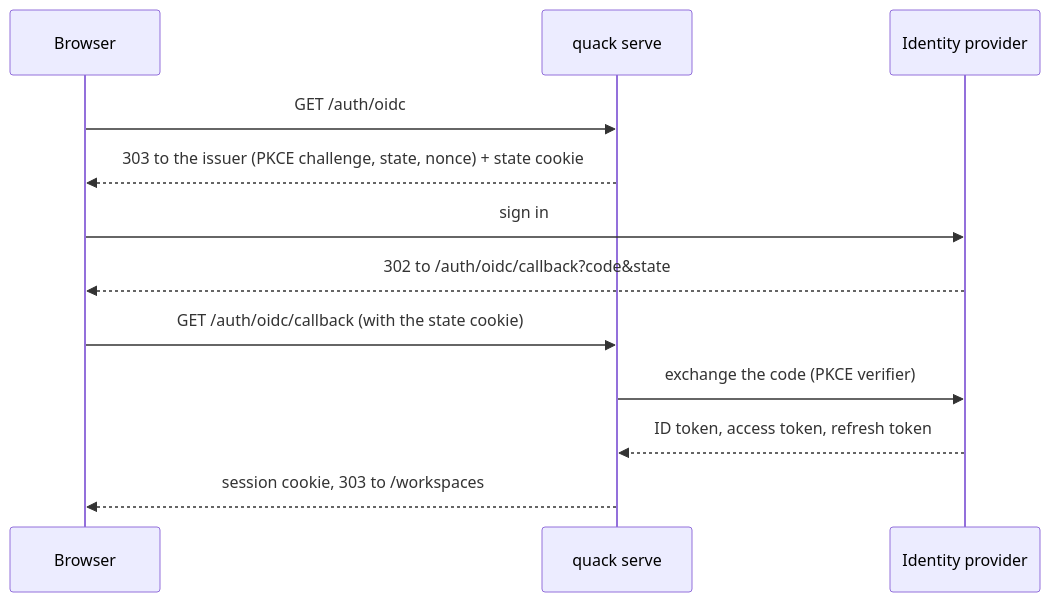
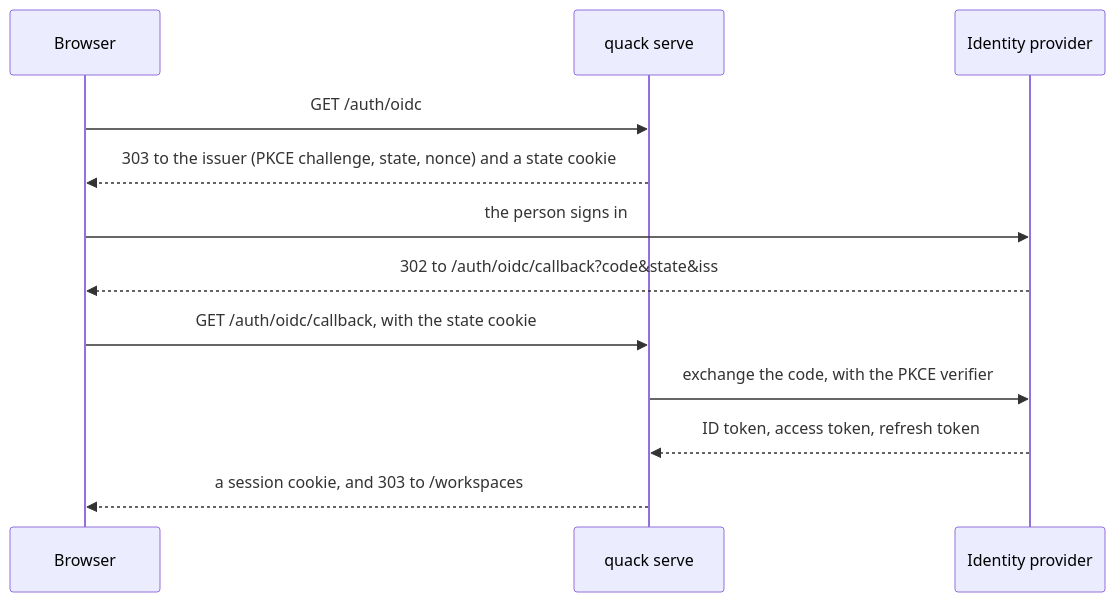
The diagram in docs/authentication.md (smoketurner/quack), drawn with Mermaid before and after one commit. The commit also changed other lines of this file and 28 other files, not shown here.

````diff
--- a/docs/authentication.md
+++ b/docs/authentication.md
@@ -110,14 +112,14 @@
 ```mermaid
 sequenceDiagram
     participant B as Browser
     participant Q as quack serve
     participant I as Identity provider
     B->>Q: GET /auth/oidc
-    Q-->>B: 303 to the issuer (PKCE challenge, state, nonce) + state cookie
-    B->>I: sign in
-    I-->>B: 302 to /auth/oidc/callback?code&state
-    B->>Q: GET /auth/oidc/callback (with the state cookie)
-    Q->>I: exchange the code (PKCE verifier)
+    Q-->>B: 303 to the issuer (PKCE challenge, state, nonce) and a state cookie
+    B->>I: the person signs in
+    I-->>B: 302 to /auth/oidc/callback?code&state&iss
+    B->>Q: GET /auth/oidc/callback, with the state cookie
+    Q->>I: exchange the code, with the PKCE verifier
     I-->>Q: ID token, access token, refresh token
-    Q-->>B: session cookie, 303 to /workspaces
+    Q-->>B: a session cookie, and 303 to /workspaces
 ```
````
